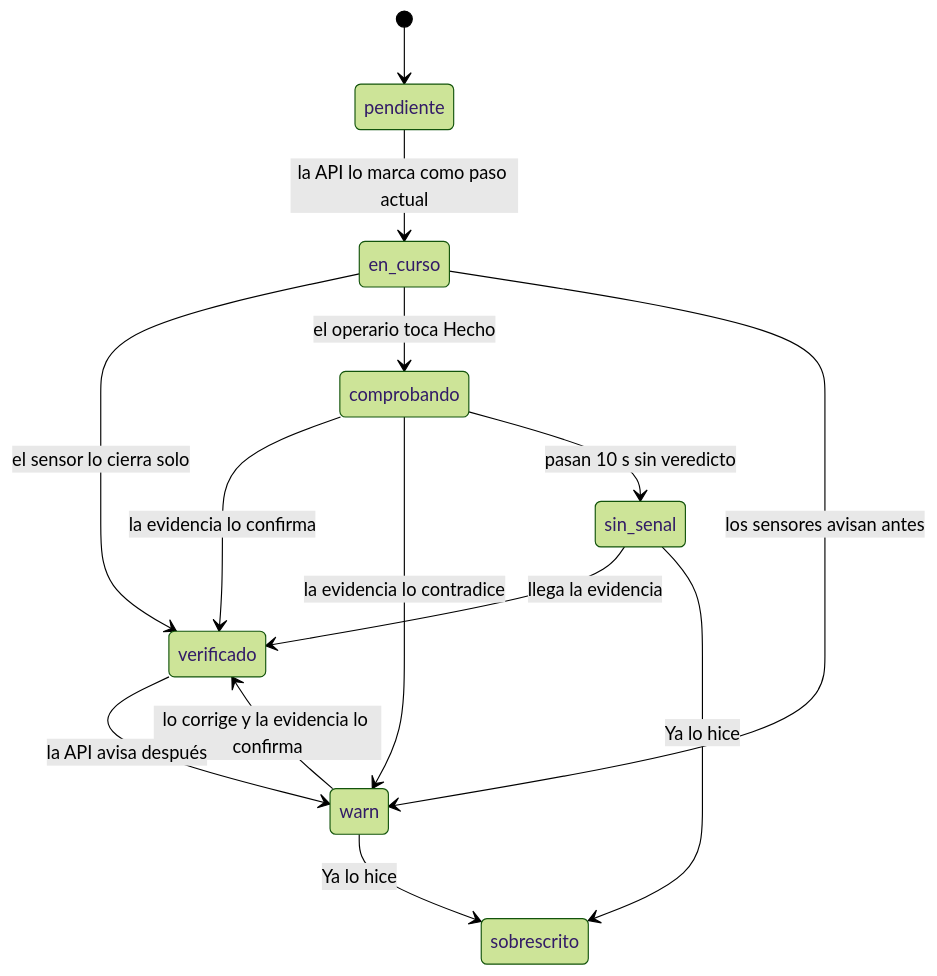
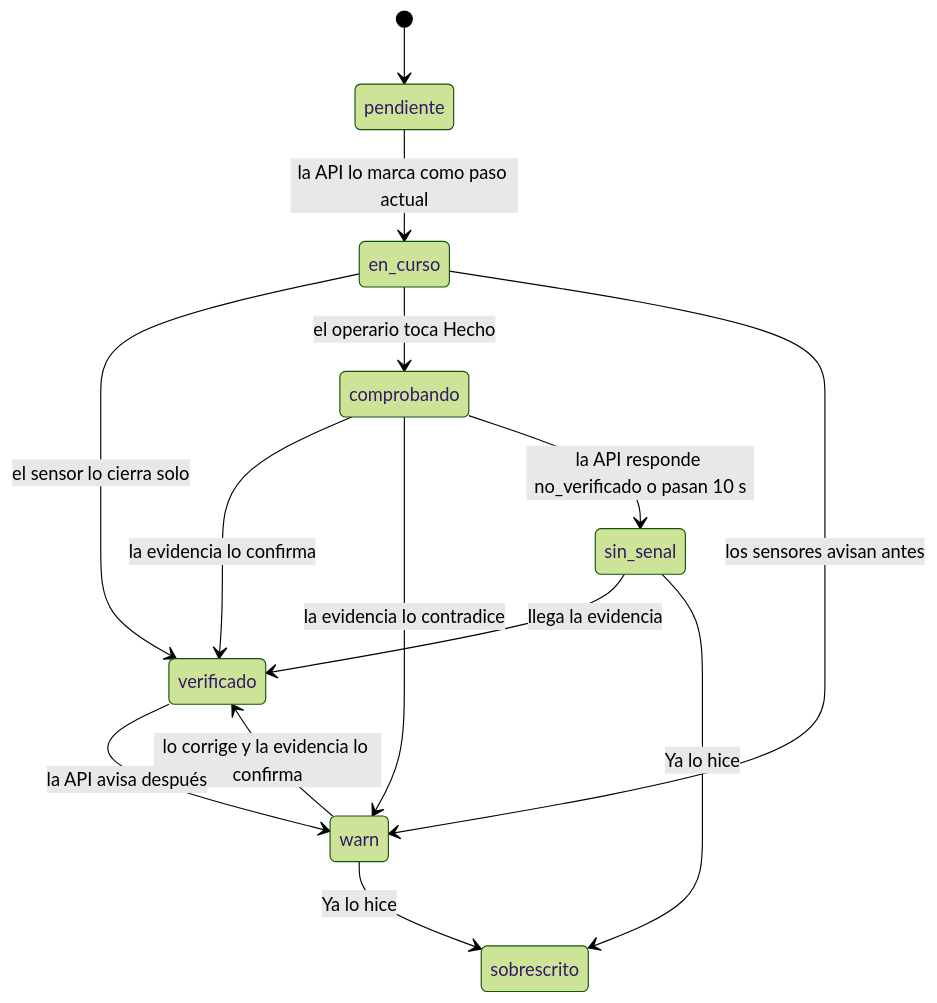
One commit to platanus-hack/platanus-hack-26-cl-team-10 changed the diagram in knowledge/architecture/FRONTEND.md. Above: the diagram before and after it, drawn with Mermaid (forest theme). The commit also changed other lines of this file and 1 other file, not shown here.

````diff
--- a/knowledge/architecture/FRONTEND.md
+++ b/knowledge/architecture/FRONTEND.md
@@ -117,16 +167,16 @@
 ```mermaid
 stateDiagram-v2
   [*] --> pendiente
   pendiente --> en_curso: la API lo marca como paso actual
   en_curso --> verificado: el sensor lo cierra solo
   en_curso --> comprobando: el operario toca Hecho
   en_curso --> warn: los sensores avisan antes
   comprobando --> verificado: la evidencia lo confirma
   comprobando --> warn: la evidencia lo contradice
-  comprobando --> sin_senal: pasan 10 s sin veredicto
+  comprobando --> sin_senal: la API responde no_verificado o pasan 10 s
   sin_senal --> verificado: llega la evidencia
   sin_senal --> sobrescrito: Ya lo hice
   warn --> verificado: lo corrige y la evidencia lo confirma
   warn --> sobrescrito: Ya lo hice
   verificado --> warn: la API avisa después
 ```
````
